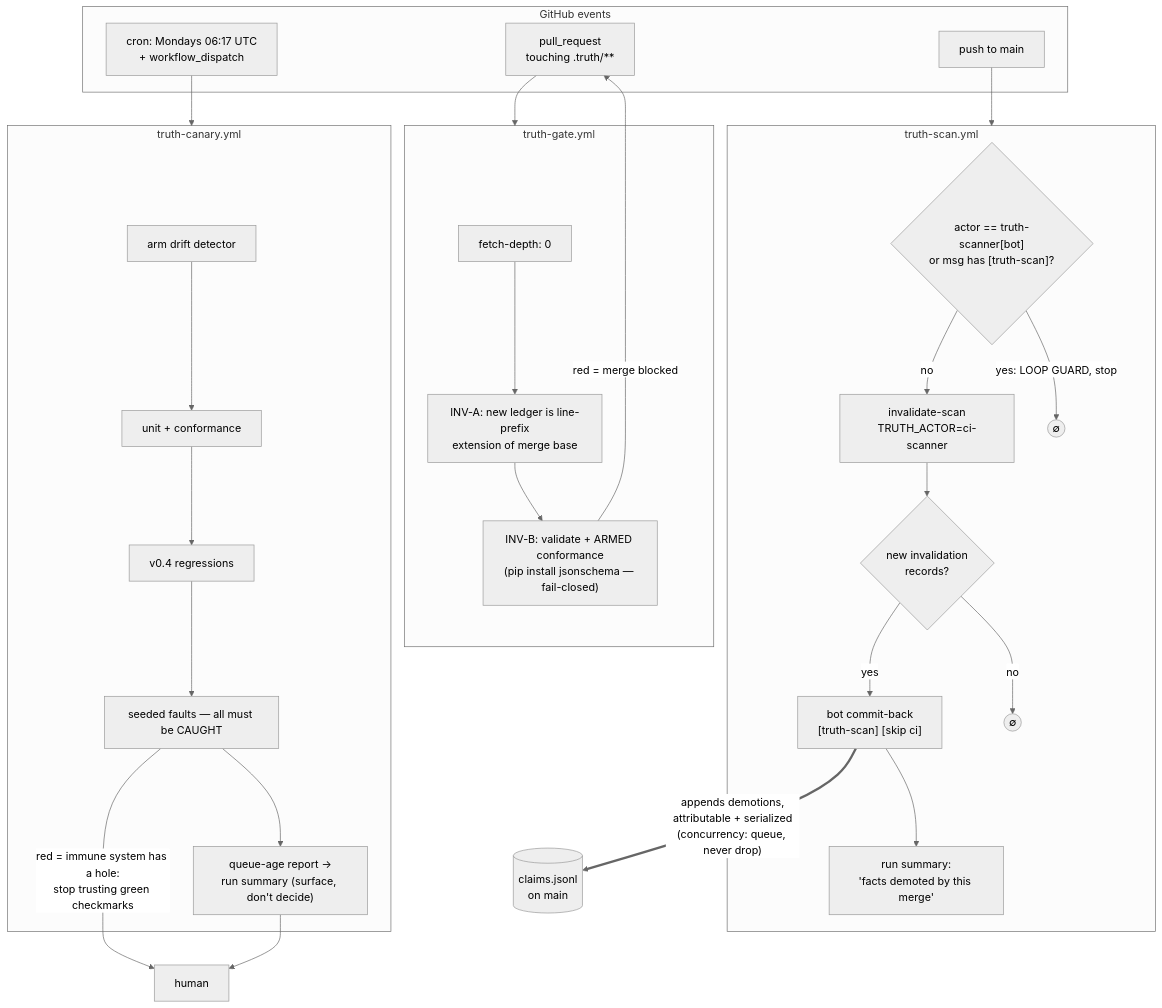
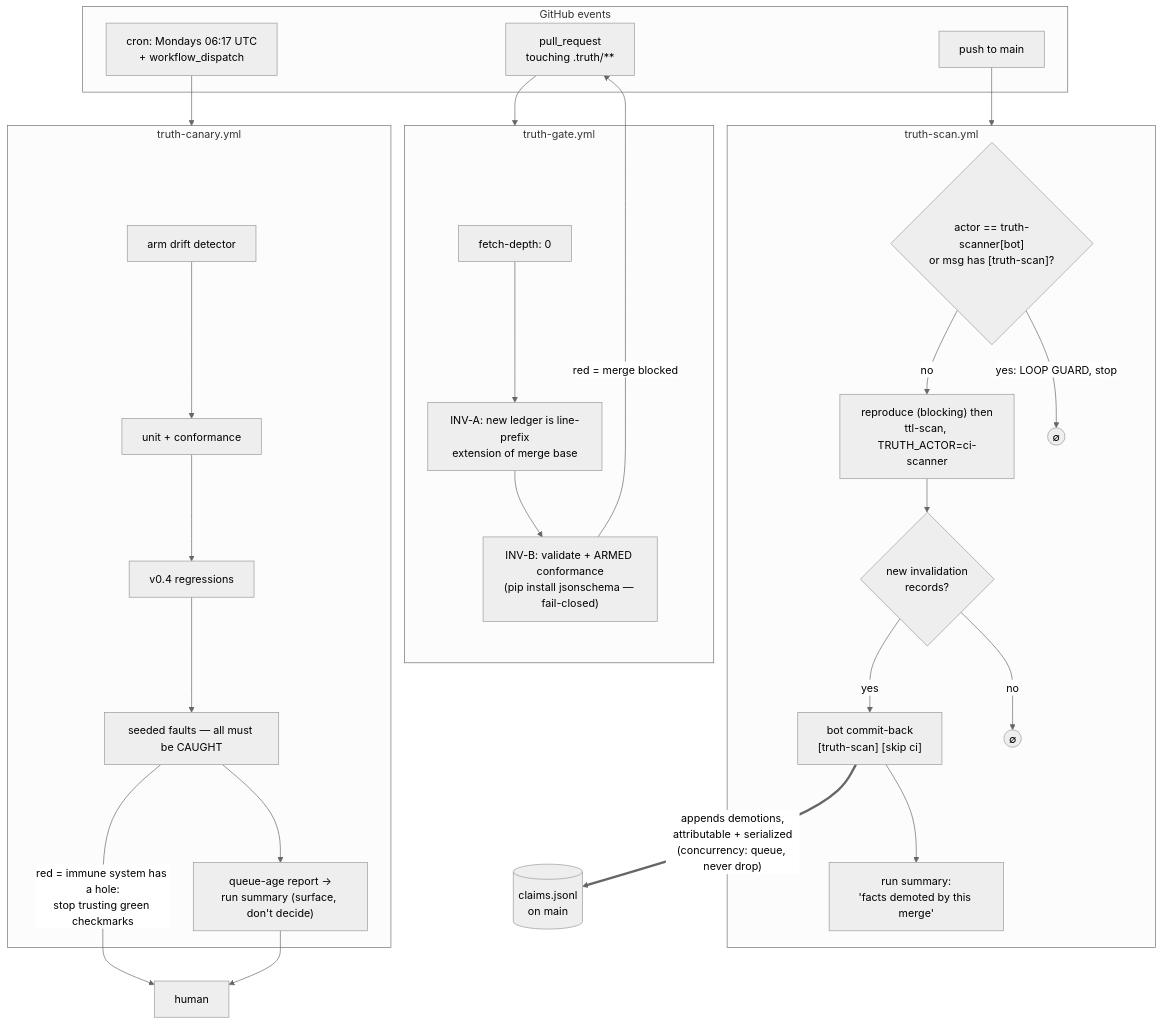
The third of 4 diagrams in docs/truth-ledger-operations-guide.md (m1981/truth-ledger), drawn with Mermaid (neutral theme) before and after one commit. The commit also changed other lines of this file and 2 other files, not shown here.

````diff
--- a/docs/truth-ledger-operations-guide.md
+++ b/docs/truth-ledger-operations-guide.md
@@ -230,46 +236,46 @@
 ```mermaid
 flowchart TB
     subgraph events["GitHub events"]
         PR["pull_request<br/>touching .truth/**"]
         PUSH["push to main"]
         SCHED["cron: Mondays 06:17 UTC<br/>+ workflow_dispatch"]
     end
 
     subgraph gate["truth-gate.yml"]
         G1["fetch-depth: 0"]
         G2["INV-A: new ledger is line-prefix<br/>extension of merge base"]
         G3["INV-B: validate + ARMED conformance<br/>(pip install jsonschema — fail-closed)"]
         G1 --> G2 --> G3
     end
 
     subgraph scan["truth-scan.yml"]
         S0{"actor == truth-scanner[bot]<br/>or msg has [truth-scan]?"}
-        S1["invalidate-scan<br/>TRUTH_ACTOR=ci-scanner"]
+        S1["reproduce (blocking) then<br/>ttl-scan, TRUTH_ACTOR=ci-scanner"]
         S2{"new invalidation<br/>records?"}
         S3["bot commit-back<br/>[truth-scan] [skip ci]"]
         S4["run summary:<br/>'facts demoted by this merge'"]
         S0 -- "yes: LOOP GUARD, stop" --> X1(("∅"))
         S0 -- no --> S1 --> S2
         S2 -- yes --> S3 --> S4
         S2 -- no --> X2(("∅"))
     end
 
     subgraph canary["truth-canary.yml"]
         C1["arm drift detector"]
         C2["unit + conformance"]
         C3["v0.4 regressions"]
         C4["seeded faults — all must be CAUGHT"]
         C5["queue-age report →<br/>run summary (surface, don't decide)"]
         C1 --> C2 --> C3 --> C4 --> C5
     end
 
     L[("claims.jsonl<br/>on main")]
 
     PR --> gate
     PUSH --> scan
     SCHED --> canary
     G3 -- "red = merge blocked" --> PR
     S3 ==>|"appends demotions,<br/>attributable + serialized<br/>(concurrency: queue, never drop)"| L
     C4 -- "red = immune system has a hole:<br/>stop trusting green checkmarks" --> HU2["human"]
     C5 --> HU2
 ```
````
